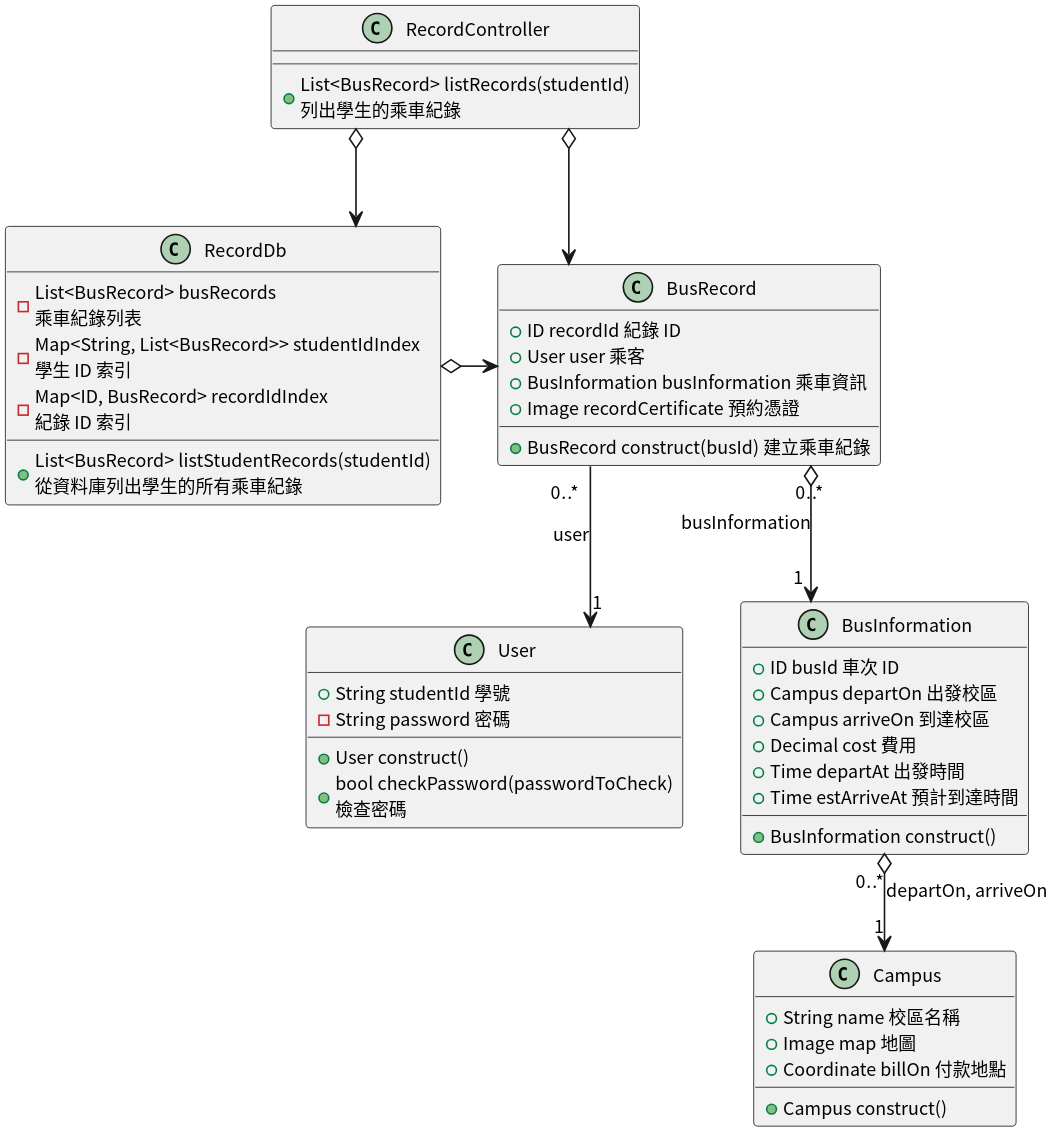
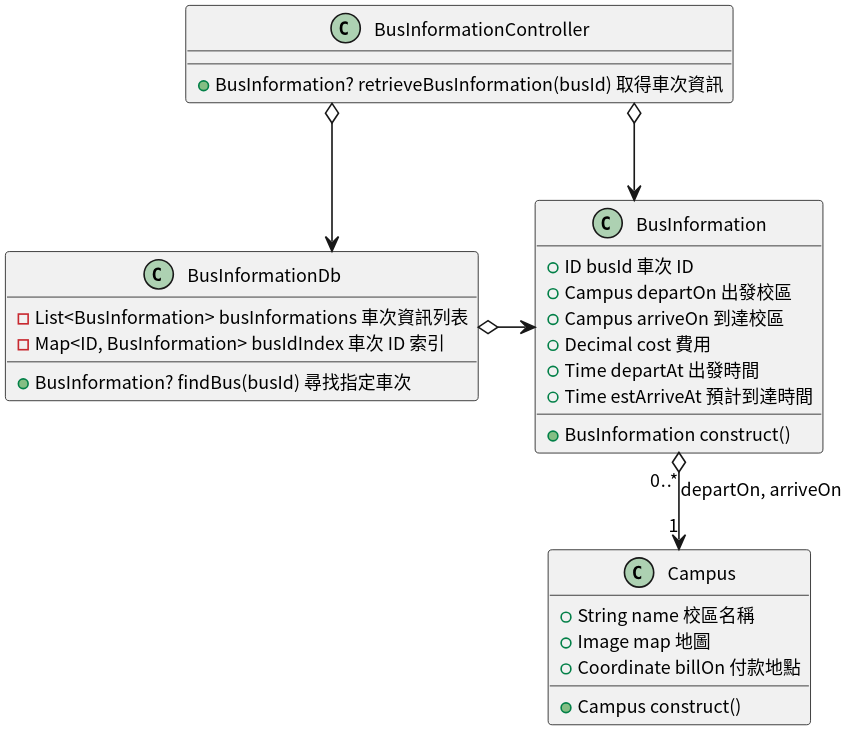
The third of 3 diagrams in semester-4/system-analysis/localized/class-diagram-separated.plantuml (pan93412/nkust-homework), drawn with PlantUML before and after one commit.

Commit message:
s4: system-analysis: complete localized diagrams for presentation

```diff
--- a/semester-4/system-analysis/localized/class-diagram-separated.plantuml
+++ b/semester-4/system-analysis/localized/class-diagram-separated.plantuml
@@ -156,58 +156,39 @@
 @startuml ClassDiagramBusInformation
 
 skinparam linetype ortho
 skinparam dpi 300
 skinparam defaultFontSize 11
 skinparam defaultFontName "Noto Sans CJK TC"
-
-
-class User {
-    +String studentId 學號
-    -String password 密碼
-    +User construct()
-    +bool checkPassword(passwordToCheck)\n檢查密碼
-}
 
 class Campus {
     +String name 校區名稱
     +Image map 地圖
     +Coordinate billOn 付款地點
     +Campus construct()
 }
 
-class RecordController {
-    +List<BusRecord> listRecords(studentId)\n列出學生的乘車紀錄
+class BusInformationController {
+    +BusInformation? retrieveBusInformation(busId) 取得車次資訊
 }
-RecordController o--> BusRecord
-RecordController o-> RecordDb
+BusInformationController o--> BusInformation
+BusInformationController o--> BusInformationDb
 
-class RecordDb {
-    -List<BusRecord> busRecords\n乘車紀錄列表
-    -Map<String, List<BusRecord>> studentIdIndex\n學生 ID 索引
-    -Map<ID, BusRecord> recordIdIndex\n紀錄 ID 索引
-    +List<BusRecord> listStudentRecords(studentId)\n從資料庫列出學生的所有乘車紀錄
+class BusInformationDb {
+    -List<BusInformation> busInformations 車次資訊列表
+    -Map<ID, BusInformation> busIdIndex 車次 ID 索引
+    +BusInformation? findBus(busId) 尋找指定車次
 }
-RecordDb o-> BusRecord
-
-class BusRecord {
-    +ID recordId 紀錄 ID
-    +User user 乘客
-    +BusInformation busInformation 乘車資訊
-    +Image recordCertificate 預約憑證
-    +BusRecord construct(busId) 建立乘車紀錄
-}
-BusRecord "0..*" --> "1" User: user
-BusRecord "0..*" o--> "1" BusInformation: busInformation
+BusInformationDb o-> BusInformation
 
 class BusInformation {
     +ID busId 車次 ID
     +Campus departOn 出發校區
     +Campus arriveOn 到達校區
     +Decimal cost 費用
     +Time departAt 出發時間
     +Time estArriveAt 預計到達時間
     +BusInformation construct()
 }
 BusInformation "0..*" o--> "1" Campus: departOn, arriveOn
 
 @enduml
```
